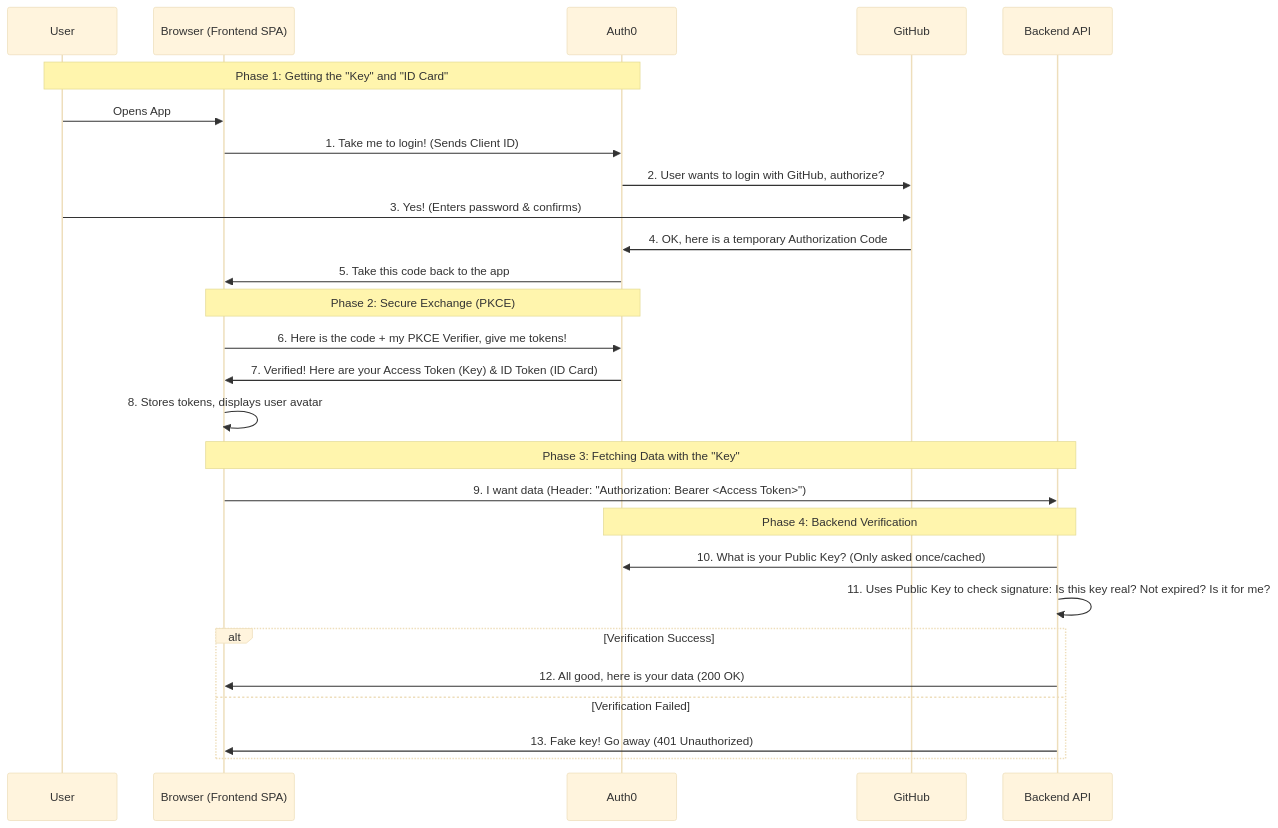
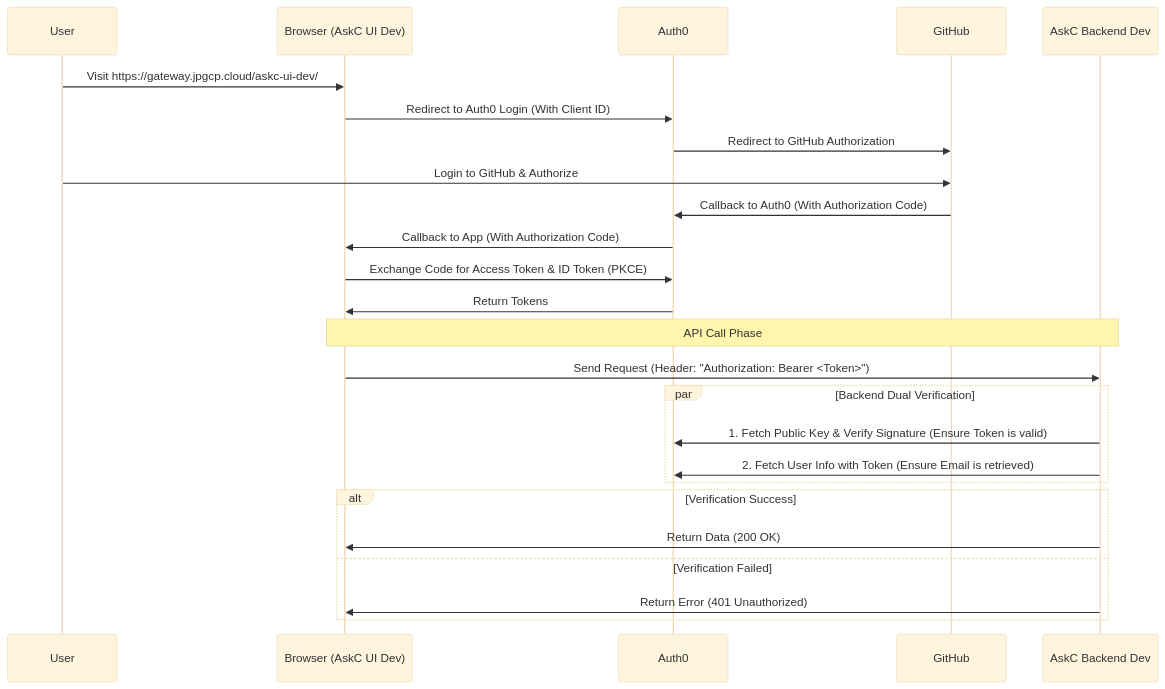
One commit to nvd11/askc-backend changed the diagram in docs/Auth0_OAuth2_Deep_Dive.md. Above: the diagram before and after it, drawn with Mermaid (base theme).

````diff
--- a/docs/Auth0_OAuth2_Deep_Dive.md
+++ b/docs/Auth0_OAuth2_Deep_Dive.md
@@ -20,36 +20,32 @@
 ```mermaid
 sequenceDiagram
-    participant User as User
-    participant Browser as Browser (Frontend SPA)
-    participant Auth0 as Auth0
+    participant User
+    participant Browser as Browser (AskC UI Dev)
+    participant Auth0
     participant GitHub
-    participant Backend as Backend API
+    participant Backend as AskC Backend Dev
 
-    %% -- Login Phase --
-    Note over User,Auth0: Phase 1: Getting the "Key" and "ID Card"
-    User->>Browser: Opens App
-    Browser->>Auth0: 1. Take me to login! (Sends Client ID)
-    Auth0->>GitHub: 2. User wants to login with GitHub, authorize?
-    User->>GitHub: 3. Yes! (Enters password & confirms)
-    GitHub->>Auth0: 4. OK, here is a temporary Authorization Code
-    Auth0->>Browser: 5. Take this code back to the app
+    User->>Browser: Visit https://gateway.jpgcp.cloud/askc-ui-dev/
+    Browser->>Auth0: Redirect to Auth0 Login (With Client ID)
+    Auth0->>GitHub: Redirect to GitHub Authorization
+    User->>GitHub: Login to GitHub & Authorize
+    GitHub->>Auth0: Callback to Auth0 (With Authorization Code)
+    Auth0->>Browser: Callback to App (With Authorization Code)
+    Browser->>Auth0: Exchange Code for Access Token & ID Token (PKCE)
+    Auth0->>Browser: Return Tokens
     
-    Note over Browser,Auth0: Phase 2: Secure Exchange (PKCE)
-    Browser->>Auth0: 6. Here is the code + my PKCE Verifier, give me tokens!
-    Auth0->>Browser: 7. Verified! Here are your Access Token (Key) & ID Token (ID Card)
-    Browser->>Browser: 8. Stores tokens, displays user avatar
+    Note over Browser, Backend: API Call Phase
+    
+    Browser->>Backend: Send Request (Header: "Authorization: Bearer <Token>")
+    
+    par Backend Dual Verification
+        Backend->>Auth0: 1. Fetch Public Key & Verify Signature (Ensure Token is valid)
+        Backend->>Auth0: 2. Fetch User Info with Token (Ensure Email is retrieved)
+    end
 
-    %% -- API Call Phase --
-    Note over Browser,Backend: Phase 3: Fetching Data with the "Key"
-    Browser->>Backend: 9. I want data (Header: "Authorization: Bearer <Access Token>")
-    
-    Note over Backend,Auth0: Phase 4: Backend Verification
-    Backend->>Auth0: 10. What is your Public Key? (Only asked once/cached)
-    Backend->>Backend: 11. Uses Public Key to check signature: Is this key real? Not expired? Is it for me?
-    
     alt Verification Success
-        Backend->>Browser: 12. All good, here is your data (200 OK)
+        Backend->>Browser: Return Data (200 OK)
     else Verification Failed
-        Backend->>Browser: 13. Fake key! Go away (401 Unauthorized)
+        Backend->>Browser: Return Error (401 Unauthorized)
     end
 ```
````
